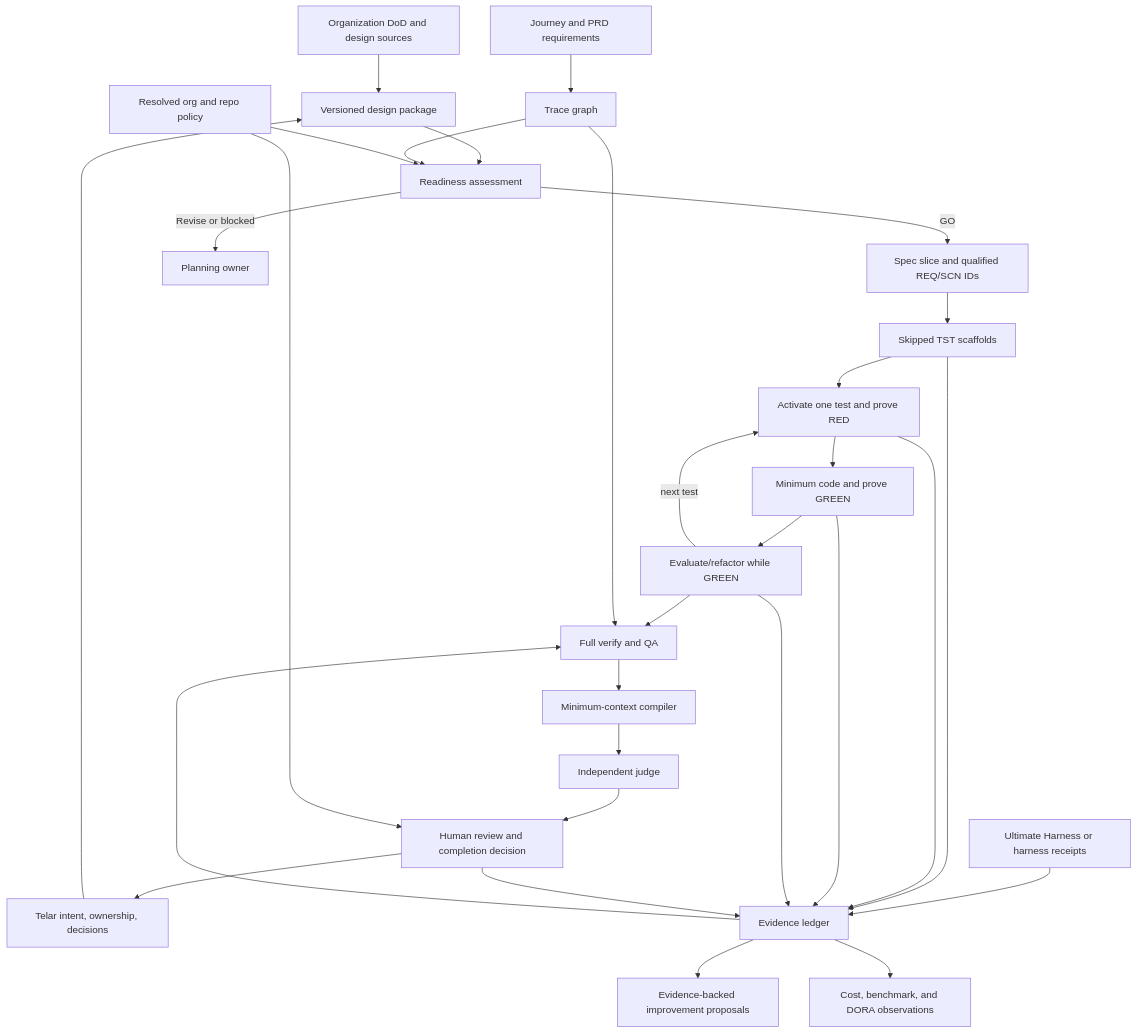
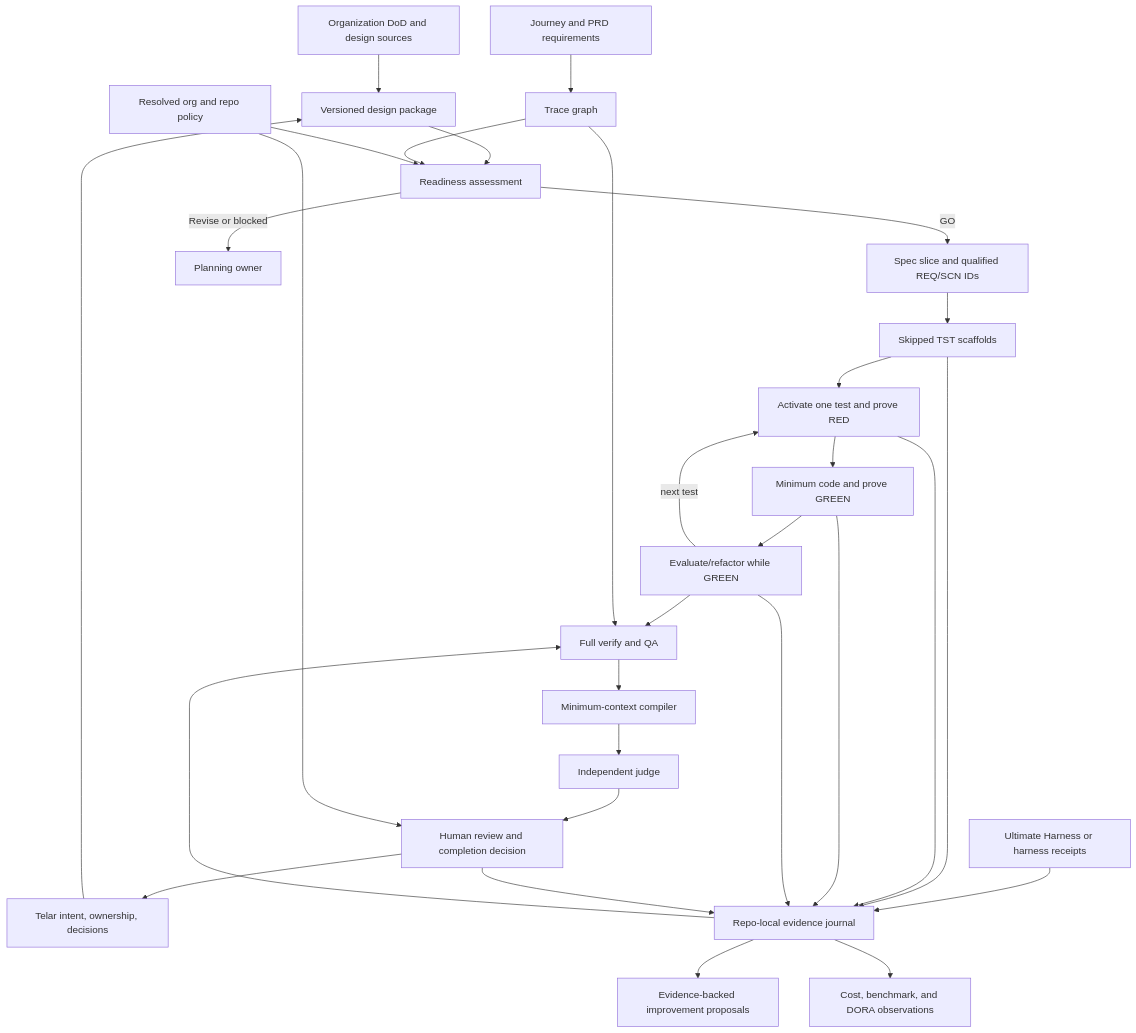
One commit to Agentic-Engineering-Agency/specsafe changed the diagram in docs/SPECSAFE-EVIDENCE-CHAIN-DESIGN.md. Above: the diagram before and after it, drawn with Mermaid. The commit also changed other lines of this file and 1 other file, not shown here.

First line of the commit message:
docs: position evidence chain within governed delivery architecture

````diff
--- a/docs/SPECSAFE-EVIDENCE-CHAIN-DESIGN.md
+++ b/docs/SPECSAFE-EVIDENCE-CHAIN-DESIGN.md
@@ -329,32 +341,32 @@
 ```mermaid
 flowchart TD
     ORG[Organization DoD and design sources] --> DP[Versioned design package]
     TELAR[Telar intent, ownership, decisions] --> DP
     PRD[Journey and PRD requirements] --> TRACE[Trace graph]
     DP --> READY[Readiness assessment]
     TRACE --> READY
     POLICY[Resolved org and repo policy] --> READY
     READY -->|GO| SPEC[Spec slice and qualified REQ/SCN IDs]
     READY -->|Revise or blocked| PLAN[Planning owner]
     SPEC --> TEST[Skipped TST scaffolds]
     TEST --> RED[Activate one test and prove RED]
     RED --> GREEN[Minimum code and prove GREEN]
     GREEN --> REFACTOR[Evaluate/refactor while GREEN]
     REFACTOR -->|next test| RED
     REFACTOR --> VERIFY[Full verify and QA]
-    UH[Ultimate Harness or harness receipts] --> LEDGER[Evidence ledger]
-    TEST --> LEDGER
-    RED --> LEDGER
-    GREEN --> LEDGER
-    REFACTOR --> LEDGER
+    UH[Ultimate Harness or harness receipts] --> JOURNAL[Repo-local evidence journal]
+    TEST --> JOURNAL
+    RED --> JOURNAL
+    GREEN --> JOURNAL
+    REFACTOR --> JOURNAL
     TRACE --> VERIFY
-    LEDGER --> VERIFY
+    JOURNAL --> VERIFY
     VERIFY --> CONTEXT[Minimum-context compiler]
     CONTEXT --> JUDGE[Independent judge]
     JUDGE --> HUMAN[Human review and completion decision]
     POLICY --> HUMAN
-    HUMAN --> LEDGER
-    LEDGER --> LEARN[Evidence-backed improvement proposals]
-    LEDGER --> HOOKS[Cost, benchmark, and DORA observations]
+    HUMAN --> JOURNAL
+    JOURNAL --> LEARN[Evidence-backed improvement proposals]
+    JOURNAL --> HOOKS[Cost, benchmark, and DORA observations]
     HUMAN --> TELAR
 ```
````
